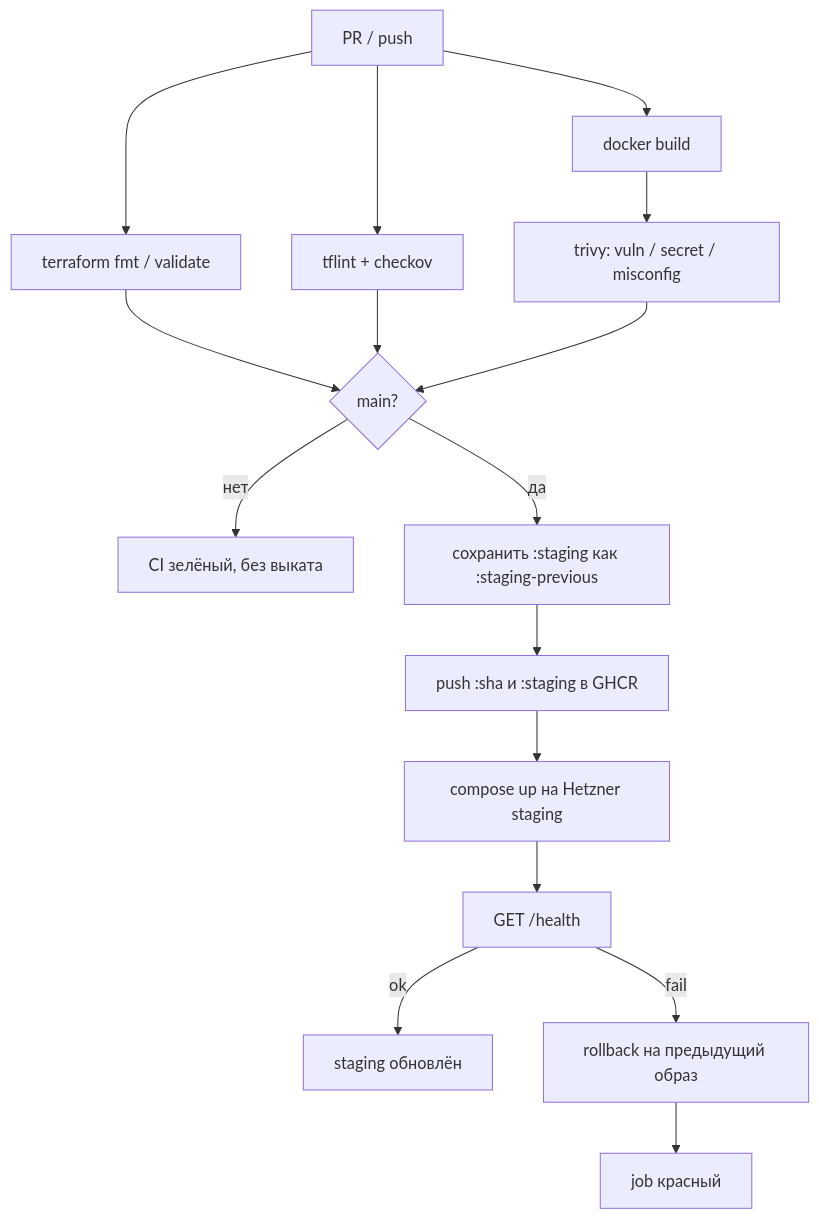
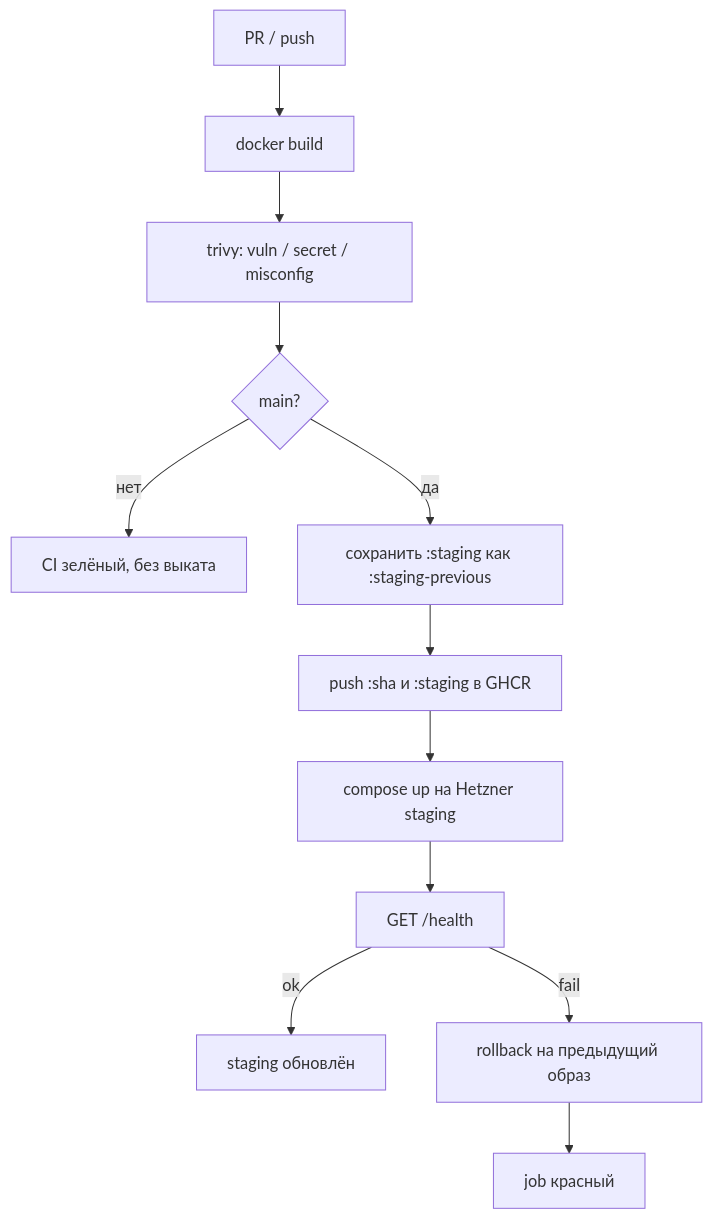
The diagram in docs/CICD.md (larchanka-training/dmc-268-ui-t6), drawn with Mermaid before and after one commit. The commit also changed other lines of this file and 15 other files, not shown here.

````diff
--- a/docs/CICD.md
+++ b/docs/CICD.md
@@ -15,18 +15,14 @@
 ```mermaid
 flowchart TD
-  pr["PR / push"] --> tf["terraform fmt / validate"]
-  pr --> lint["tflint + checkov"]
-  pr --> build["docker build"]
+  pr["PR / push"] --> build["docker build"]
   build --> scan["trivy: vuln / secret / misconfig"]
-  tf --> gate{"main?"}
-  lint --> gate
-  scan --> gate
+  scan --> gate{"main?"}
   gate -->|нет| stop["CI зелёный, без выката"]
   gate -->|да| prev["сохранить :staging как :staging-previous"]
   prev --> push["push :sha и :staging в GHCR"]
   push --> deploy["compose up на Hetzner staging"]
   deploy --> health["GET /health"]
   health -->|ok| done["staging обновлён"]
   health -->|fail| rb["rollback на предыдущий образ"]
   rb --> fail["job красный"]
 ```
````
